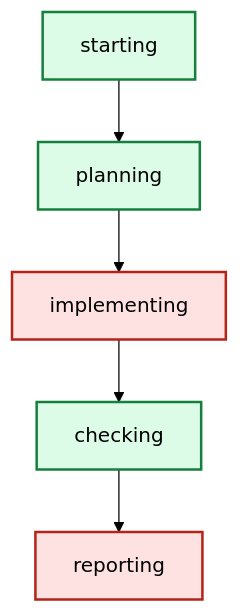
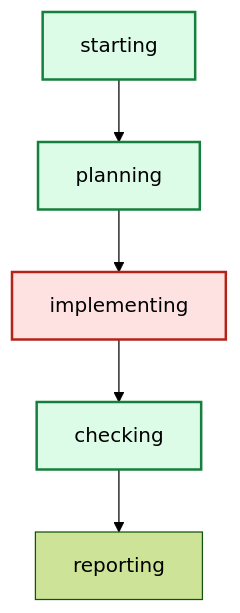
Before and after one commit to daniell0gda/hermes-feature-check-dashboard: the diagram in latest/graph.mmd, drawn with Mermaid (forest theme). The commit also changed 52 other files, not shown here.

```diff
--- a/latest/graph.mmd
+++ b/latest/graph.mmd
@@ -1,14 +1,13 @@
 graph TD
     starting --> planning
     planning --> implementing
     implementing --> checking
     checking --> reporting
 
 classDef done fill:#dcfce7,stroke:#15803d,stroke-width:2px;
 classDef active fill:#dbeafe,stroke:#2563eb,stroke-width:3px;
 classDef failed fill:#fee2e2,stroke:#b42318,stroke-width:2px;
 class implementing failed;
+class checking done;
+class starting done;
 class planning done;
-class starting done;
-class reporting failed;
-class checking done;
```
